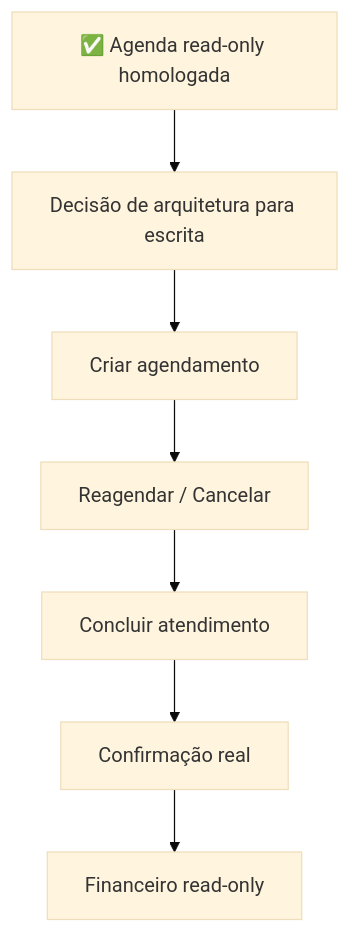
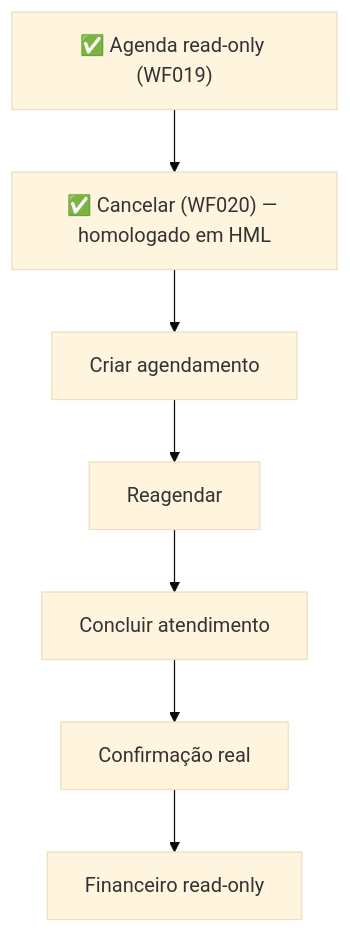
The fourth of 4 diagrams in README.md (Kelencs/beautyflow-ai), drawn with Mermaid (base theme) before and after one commit. The commit also changed other lines of this file and 5 other files, not shown here.

````diff
--- a/README.md
+++ b/README.md
@@ -432,9 +444,9 @@
 ```mermaid
 flowchart TD
-    A["✅ Agenda read-only homologada"] --> B["Decisão de arquitetura para escrita"]
+    A["✅ Agenda read-only (WF019)"] --> B["✅ Cancelar (WF020) — homologado em HML"]
     B --> C["Criar agendamento"]
-    C --> D["Reagendar / Cancelar"]
+    C --> D["Reagendar"]
     D --> E["Concluir atendimento"]
     E --> F["Confirmação real"]
     F --> G["Financeiro read-only"]
 ```
````
